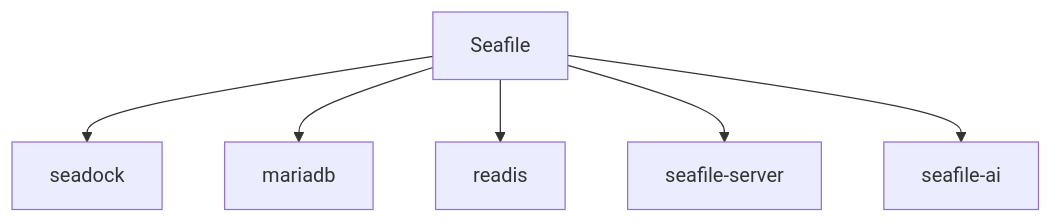
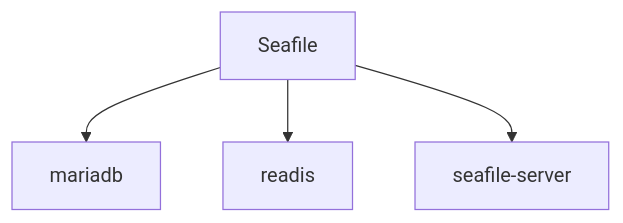
Before and after one commit to BenceGyurus/Homelab: the diagram in diagrams/seafile.mmd, drawn with Mermaid. The commit also changed 7 other files, not shown here.

Commit message:
prometheus and diagrams

```diff
--- a/diagrams/seafile.mmd
+++ b/diagrams/seafile.mmd
@@ -1,6 +1,4 @@
 graph TD
-Seafile-->seadock;
 Seafile-->mariadb;
 Seafile-->readis;
 Seafile-->seafile-server;
-Seafile-->seafile-ai;
```
